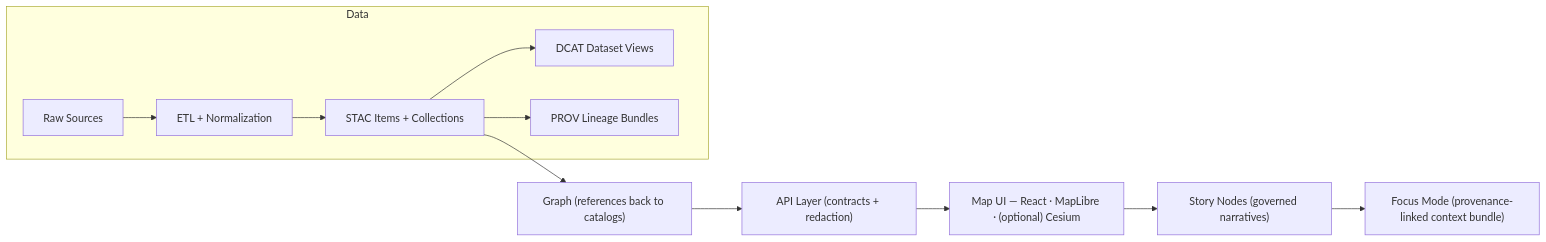
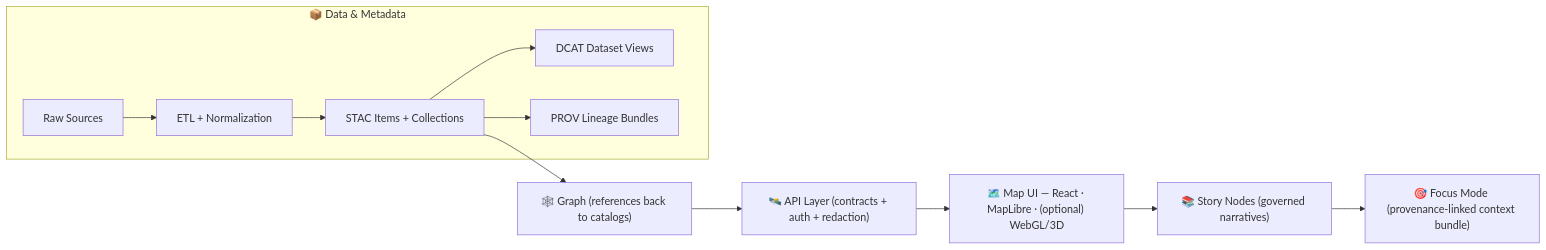
One commit to bartytime4life/Kansas-Frontier-Matrix changed the diagram in data/README.md. Above: the diagram before and after it, drawn with Mermaid. The commit also changed other lines of this file, not shown here.

````diff
--- a/data/README.md
+++ b/data/README.md
@@ -65,15 +77,15 @@
 ```mermaid
 flowchart LR
-  subgraph Data
+  subgraph Data["📦 Data & Metadata"]
     A["Raw Sources"] --> B["ETL + Normalization"]
     B --> C["STAC Items + Collections"]
     C --> D["DCAT Dataset Views"]
     C --> E["PROV Lineage Bundles"]
   end
 
-  C --> G["Graph (references back to catalogs)"]
-  G --> H["API Layer (contracts + redaction)"]
-  H --> I["Map UI — React · MapLibre · (optional) Cesium"]
-  I --> J["Story Nodes (governed narratives)"]
-  J --> K["Focus Mode (provenance-linked context bundle)"]
+  C --> G["🕸️ Graph (references back to catalogs)"]
+  G --> H["🛰️ API Layer (contracts + auth + redaction)"]
+  H --> I["🗺️ Map UI — React · MapLibre · (optional) WebGL/3D"]
+  I --> J["📚 Story Nodes (governed narratives)"]
+  J --> K["🎯 Focus Mode (provenance-linked context bundle)"]
 ```
````
